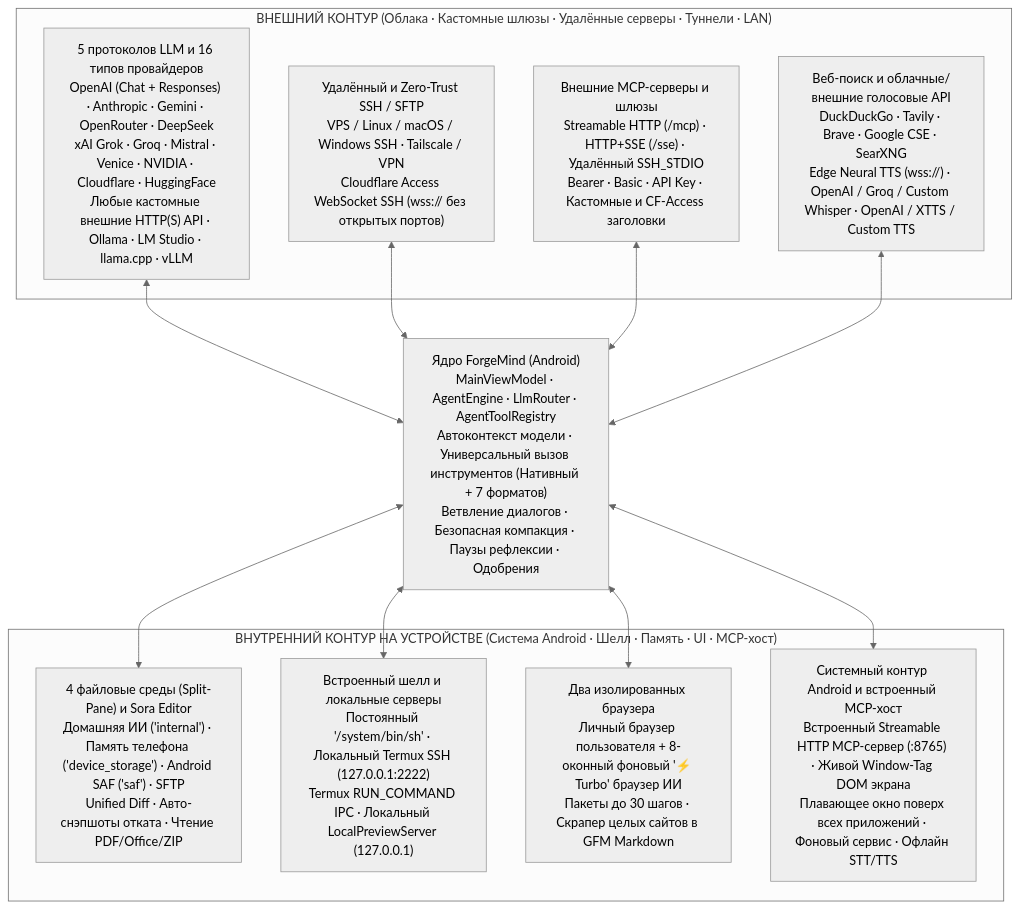
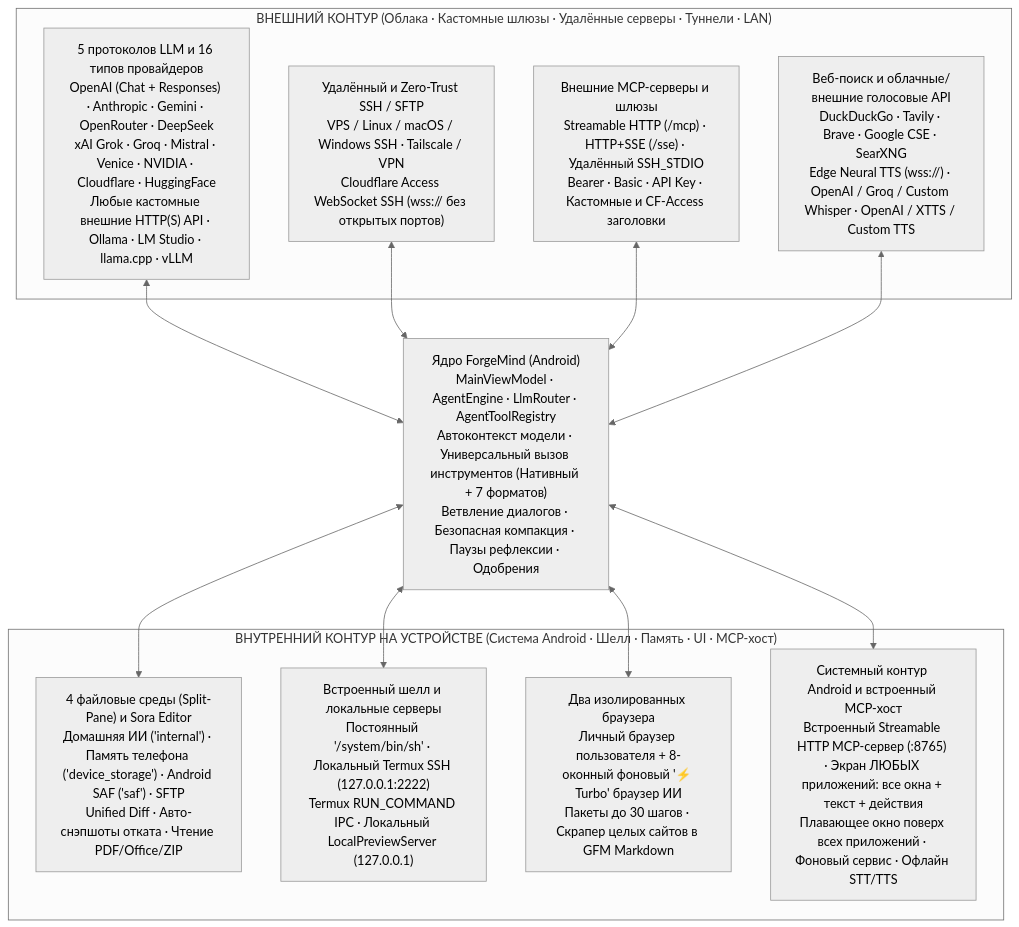
The diagram in README.ru.md (DIIIUA/ForgeMind), drawn with Mermaid (neutral theme) before and after one commit. The commit also changed other lines of this file and 2 other files, not shown here.

````diff
--- a/README.ru.md
+++ b/README.ru.md
@@ -35,27 +35,27 @@
 ```mermaid
 flowchart TB
     subgraph EXT["ВНЕШНИЙ КОНТУР (Облака · Кастомные шлюзы · Удалённые серверы · Туннели · LAN)"]
         LLM_EXT["5 протоколов LLM и 16 типов провайдеров<br/>OpenAI (Chat + Responses) · Anthropic · Gemini · OpenRouter · DeepSeek<br/>xAI Grok · Groq · Mistral · Venice · NVIDIA · Cloudflare · HuggingFace<br/>Любые кастомные внешние HTTP(S) API · Ollama · LM Studio · llama.cpp · vLLM"]
         SSH_EXT["Удалённый и Zero-Trust SSH / SFTP<br/>VPS / Linux / macOS / Windows SSH · Tailscale / VPN<br/>Cloudflare Access WebSocket SSH (wss:// без открытых портов)"]
         MCP_EXT["Внешние MCP-серверы и шлюзы<br/>Streamable HTTP (/mcp) · HTTP+SSE (/sse) · Удалённый SSH_STDIO<br/>Bearer · Basic · API Key · Кастомные и CF-Access заголовки"]
         WEB_EXT["Веб-поиск и облачные/внешние голосовые API<br/>DuckDuckGo · Tavily · Brave · Google CSE · SearXNG<br/>Edge Neural TTS (wss://) · OpenAI / Groq / Custom Whisper · OpenAI / XTTS / Custom TTS"]
     end
 
     CORE["Ядро ForgeMind (Android)<br/>MainViewModel · AgentEngine · LlmRouter · AgentToolRegistry<br/>Автоконтекст модели · Универсальный вызов инструментов (Нативный + 7 форматов)<br/>Ветвление диалогов · Безопасная компакция · Паузы рефлексии · Одобрения"]
 
     subgraph INT["ВНУТРЕННИЙ КОНТУР НА УСТРОЙСТВЕ (Система Android · Шелл · Память · UI · MCP-хост)"]
         FS_INT["4 файловые среды (Split-Pane) и Sora Editor<br/>Домашняя ИИ ('internal') · Память телефона ('device_storage') · Android SAF ('saf') · SFTP<br/>Unified Diff · Авто-снэпшоты отката · Чтение PDF/Office/ZIP"]
         SH_INT["Встроенный шелл и локальные серверы<br/>Постоянный '/system/bin/sh' · Локальный Termux SSH (127.0.0.1:2222)<br/>Termux RUN_COMMAND IPC · Локальный LocalPreviewServer (127.0.0.1)"]
         BR_INT["Два изолированных браузера<br/>Личный браузер пользователя + 8-оконный фоновый '⚡ Turbo' браузер ИИ<br/>Пакеты до 30 шагов · Скрапер целых сайтов в GFM Markdown"]
-        SYS_INT["Системный контур Android и встроенный MCP-хост<br/>Встроенный Streamable HTTP MCP-сервер (:8765) · Живой Window-Tag DOM экрана<br/>Плавающее окно поверх всех приложений · Фоновый сервис · Офлайн STT/TTS"]
+        SYS_INT["Системный контур Android и встроенный MCP-хост<br/>Встроенный Streamable HTTP MCP-сервер (:8765) · Экран ЛЮБЫХ приложений: все окна + текст + действия<br/>Плавающее окно поверх всех приложений · Фоновый сервис · Офлайн STT/TTS"]
     end
 
     LLM_EXT <--> CORE
     SSH_EXT <--> CORE
     MCP_EXT <--> CORE
     WEB_EXT <--> CORE
     CORE <--> FS_INT
     CORE <--> SH_INT
     CORE <--> BR_INT
     CORE <--> SYS_INT
 ```
````
